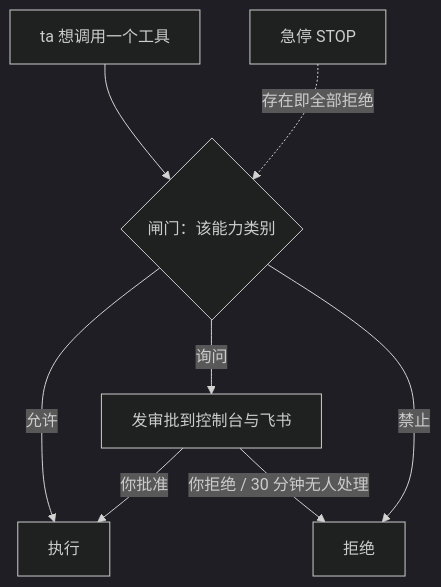
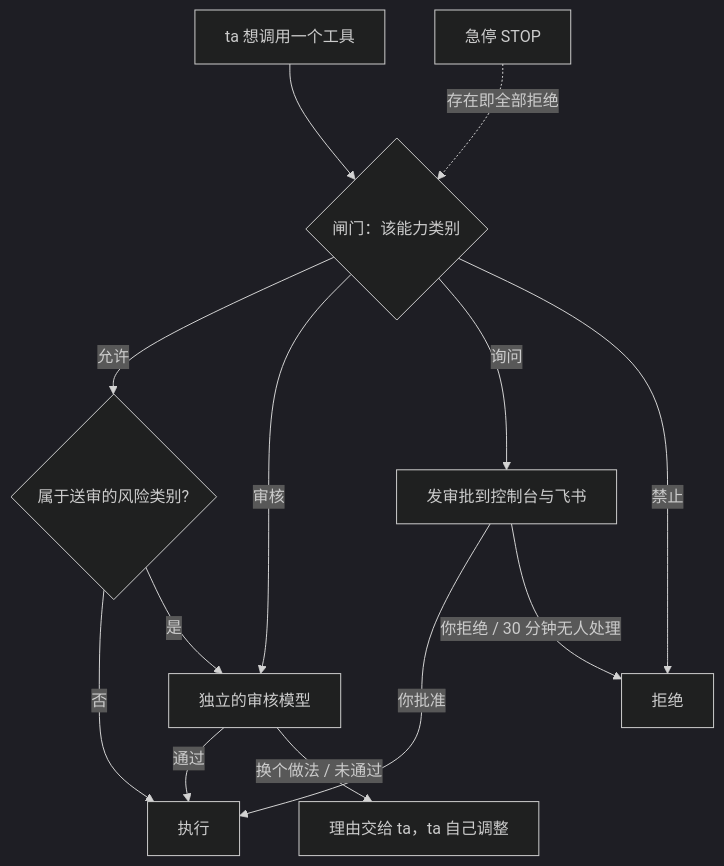
Before and after one commit to Causally-XYZ/Project.Quetzal: the diagram in website/content/docs/zh/guide/permissions.md, drawn with Mermaid (dark theme). The commit also changed other lines of this file and 25 other files, not shown here.

````diff
--- a/website/content/docs/zh/guide/permissions.md
+++ b/website/content/docs/zh/guide/permissions.md
@@ -10,10 +10,15 @@
 ```mermaid
 flowchart TB
   T[ta 想调用一个工具] --> G{闸门：该能力类别}
-  G -- 允许 --> X[执行]
+  G -- 允许 --> R0{属于送审的风险类别?}
+  R0 -- 否 --> X[执行]
+  R0 -- 是 --> R
+  G -- 审核 --> R[独立的审核模型]
+  R -- 通过 --> X
+  R -- 换个做法 / 未通过 --> F[理由交给 ta，ta 自己调整]
   G -- 询问 --> A[发审批到控制台与飞书]
   A -- 你批准 --> X
   A -- 你拒绝 / 30 分钟无人处理 --> D[拒绝]
   G -- 禁止 --> D
   S[急停 STOP] -. 存在即全部拒绝 .-> G
 ```
````
